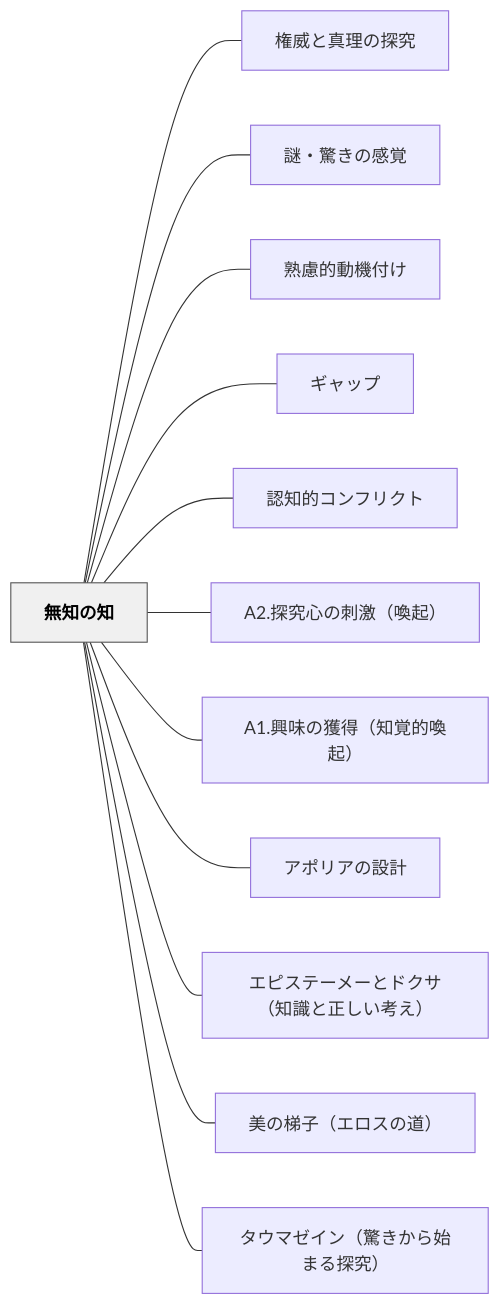
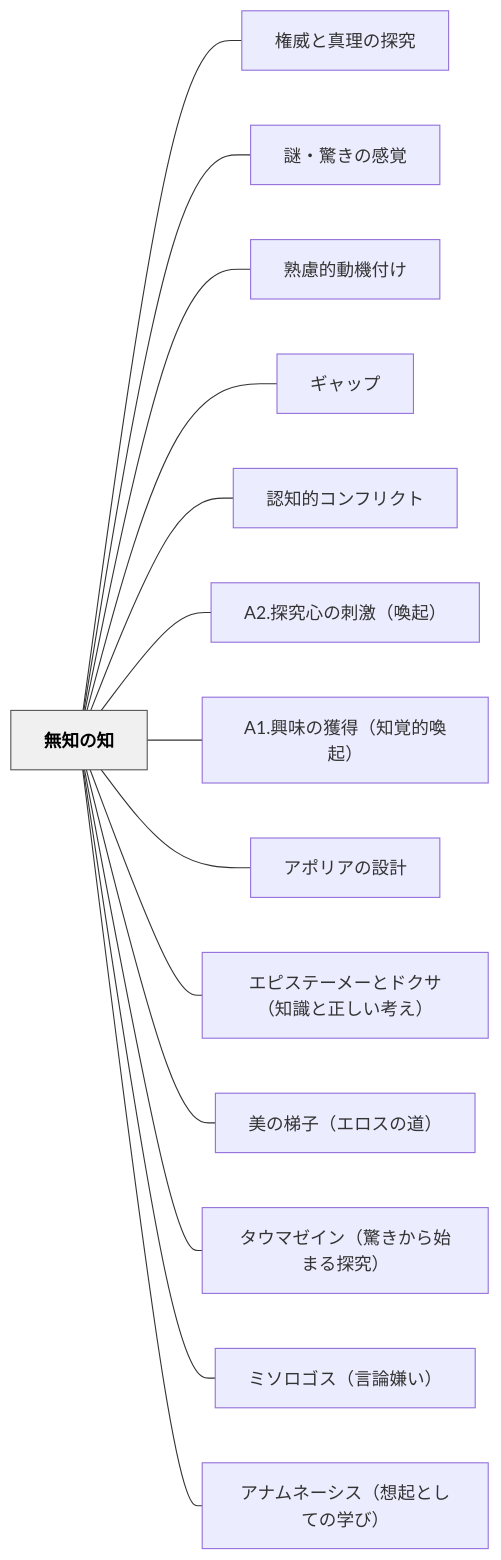
One commit to unknownthings-ed-patterns/unknownthings-ed-patterns changed the diagram in content/パタン/無知の知.md. Above: the diagram before and after it, drawn with Mermaid. The commit also changed other lines of this file and 18 other files, not shown here.

````diff
--- a/content/パタン/無知の知.md
+++ b/content/パタン/無知の知.md
@@ -96,30 +130,34 @@
 ```mermaid
 flowchart LR
     ne784a1e79fa5e381aee79fa5["無知の知"]
     ne6a8a9e5a881e381a8e79c9fe79086e381aee68ea2e7a9b6["権威と真理の探究"]
     ne8ac8ee383bbe9a99ae3818de381aee6849fe8a69a["謎・驚きの感覚"]
     ne7869fe685aee79a84e58b95e6a99fe4bb98e38191["熟慮的動機付け"]
     ne382aee383a3e38383e38397["ギャップ"]
     ne8aa8de79fa5e79a84e382b3e383b3e38395e383aae382afe38388["認知的コンフリクト"]
     n41322ee68ea2e7a9b6e5bf83e381aee588bae6bf80efbc88e5969ae8b5b7efbc89["A2.探究心の刺激（喚起）"]
     n41312ee88888e591b3e381aee78db2e5be97efbc88e79fa5e8a69ae79a84e5969ae8b5b7efbc89["A1.興味の獲得（知覚的喚起）"]
     ne382a2e3839de383aae382a2e381aee8a8ade8a888["アポリアの設計"]
     ne382a8e38394e382b9e38386e383bce383a1e383bce381a8e38389e382afe382b5efbc88e79fa5e8ad98e381a8e6ada3e38197e38184e88083e38188efbc89["エピステーメーとドクサ（知識と正しい考え）"]
     ne7be8ee381aee6a2afe5ad90efbc88e382a8e383ade382b9e381aee98193efbc89["美の梯子（エロスの道）"]
     ne382bfe382a6e3839ee382bce382a4e383b3efbc88e9a99ae3818de3818be38289e5a78be381bee3828be68ea2e7a9b6efbc89["タウマゼイン（驚きから始まる探究）"]
+    ne3839fe382bde383ade382b4e382b9efbc88e8a880e8ab96e5ab8ce38184efbc89["ミソロゴス（言論嫌い）"]
+    ne382a2e3838ae383a0e3838de383bce382b7e382b9efbc88e683b3e8b5b7e381a8e38197e381a6e381aee5ada6e381b3efbc89["アナムネーシス（想起としての学び）"]
 
     ne784a1e79fa5e381aee79fa5 --- ne6a8a9e5a881e381a8e79c9fe79086e381aee68ea2e7a9b6
     ne784a1e79fa5e381aee79fa5 --- ne8ac8ee383bbe9a99ae3818de381aee6849fe8a69a
     ne784a1e79fa5e381aee79fa5 --- ne7869fe685aee79a84e58b95e6a99fe4bb98e38191
     ne784a1e79fa5e381aee79fa5 --- ne382aee383a3e38383e38397
     ne784a1e79fa5e381aee79fa5 --- ne8aa8de79fa5e79a84e382b3e383b3e38395e383aae382afe38388
     ne784a1e79fa5e381aee79fa5 --- n41322ee68ea2e7a9b6e5bf83e381aee588bae6bf80efbc88e5969ae8b5b7efbc89
     ne784a1e79fa5e381aee79fa5 --- n41312ee88888e591b3e381aee78db2e5be97efbc88e79fa5e8a69ae79a84e5969ae8b5b7efbc89
     ne784a1e79fa5e381aee79fa5 --- ne382a2e3839de383aae382a2e381aee8a8ade8a888
     ne784a1e79fa5e381aee79fa5 --- ne382a8e38394e382b9e38386e383bce383a1e383bce381a8e38389e382afe382b5efbc88e79fa5e8ad98e381a8e6ada3e38197e38184e88083e38188efbc89
     ne784a1e79fa5e381aee79fa5 --- ne7be8ee381aee6a2afe5ad90efbc88e382a8e383ade382b9e381aee98193efbc89
     ne784a1e79fa5e381aee79fa5 --- ne382bfe382a6e3839ee382bce382a4e383b3efbc88e9a99ae3818de3818be38289e5a78be381bee3828be68ea2e7a9b6efbc89
+    ne784a1e79fa5e381aee79fa5 --- ne3839fe382bde383ade382b4e382b9efbc88e8a880e8ab96e5ab8ce38184efbc89
+    ne784a1e79fa5e381aee79fa5 --- ne382a2e3838ae383a0e3838de383bce382b7e382b9efbc88e683b3e8b5b7e381a8e38197e381a6e381aee5ada6e381b3efbc89
 
     classDef hub fill:#f0f0f0,stroke:#555,color:#000,font-weight:bold
     class ne784a1e79fa5e381aee79fa5 hub
 ```
````
